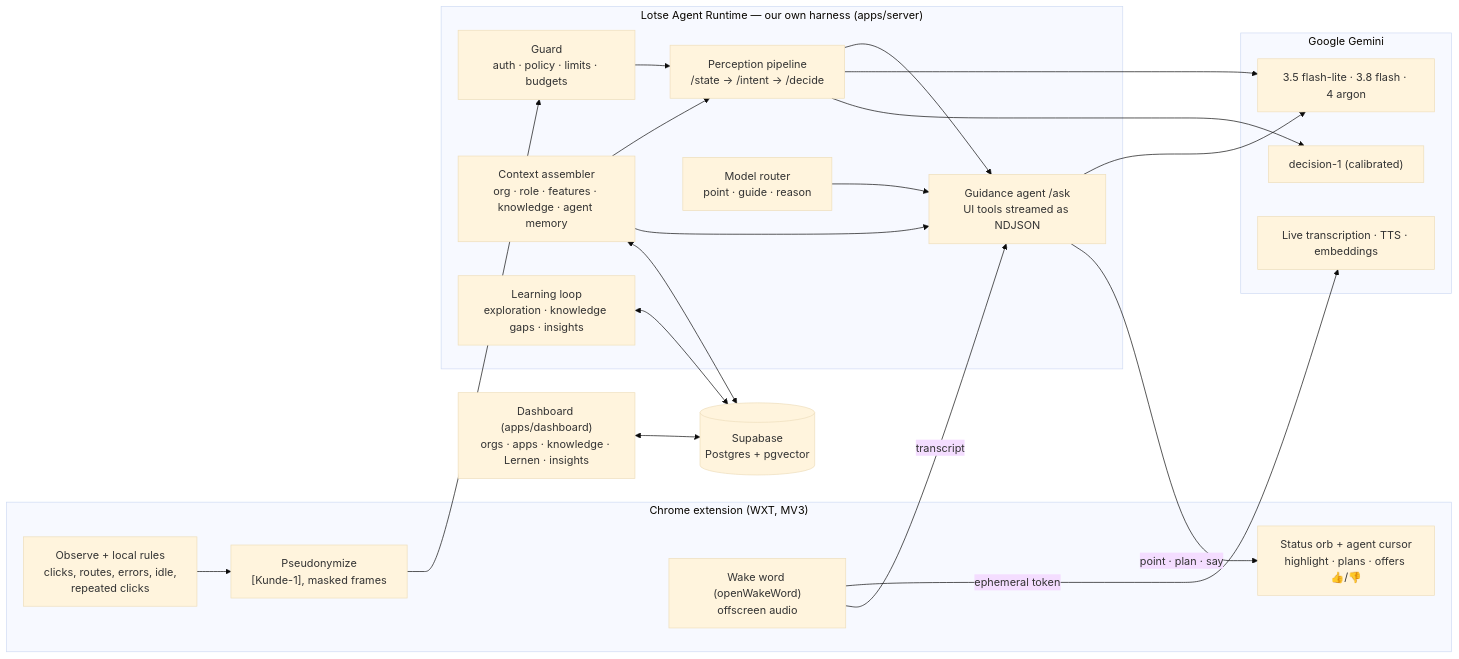
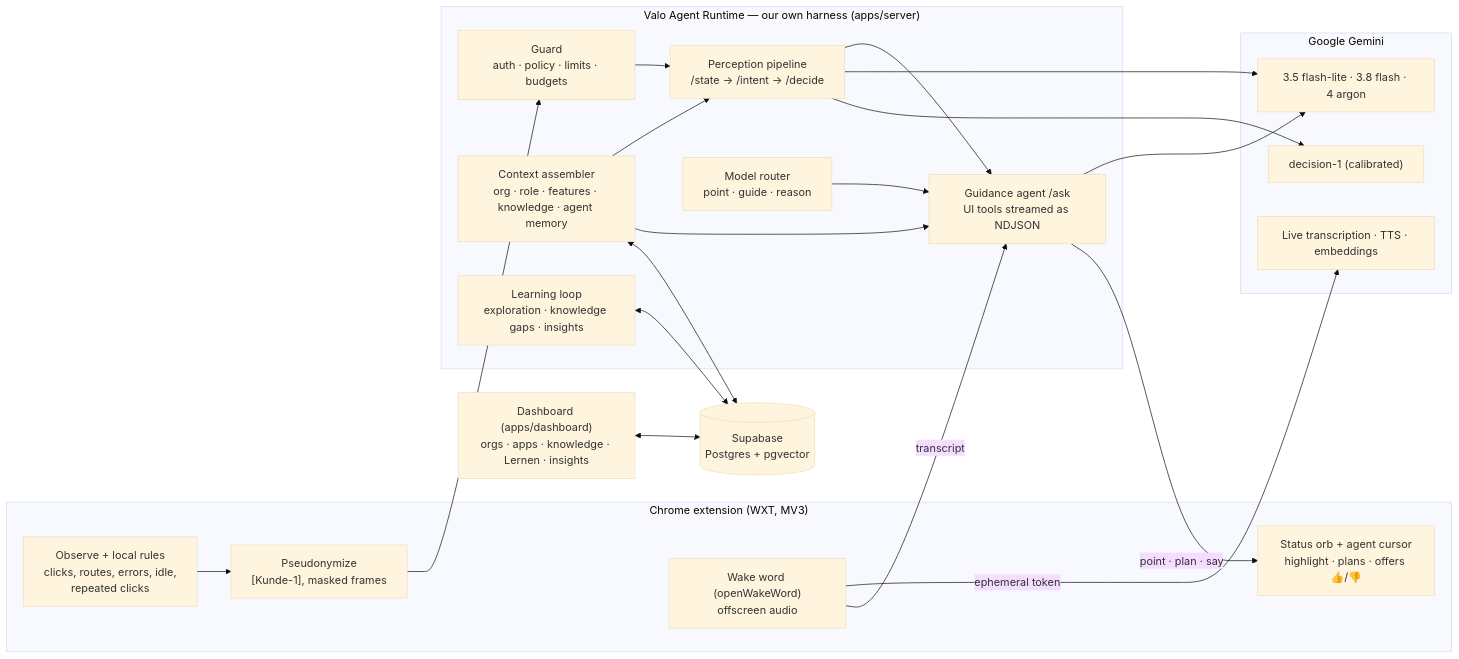
The diagram in README.md (luca-3/agentic-hack), drawn with Mermaid (base theme) before and after one commit. The commit also changed other lines of this file and 61 other files, not shown here.

First line of the commit message:
rebrand: Lotse → Valo in all user-facing text, prompts and docs; macOS shortcuts; toolbar icons

````diff
--- a/README.md
+++ b/README.md
@@ -9,42 +9,42 @@
 ```mermaid
 flowchart LR
   subgraph Browser["Chrome extension (WXT, MV3)"]
     OBS["Observe + local rules<br/>clicks, routes, errors, idle,<br/>repeated clicks"]
     PSEUDO["Pseudonymize<br/>[Kunde-1], masked frames"]
     UI["Status orb + agent cursor<br/>highlight · plans · offers 👍/👎"]
     VOICE["Wake word (openWakeWord)<br/>offscreen audio"]
   end
 
-  subgraph Runtime["Lotse Agent Runtime — our own harness (apps/server)"]
+  subgraph Runtime["Valo Agent Runtime — our own harness (apps/server)"]
     GUARD["Guard<br/>auth · policy · limits · budgets"]
     PIPE["Perception pipeline<br/>/state → /intent → /decide"]
     ROUTER["Model router<br/>point · guide · reason"]
     CTX["Context assembler<br/>org · role · features · knowledge · agent memory"]
     AGENT["Guidance agent /ask<br/>UI tools streamed as NDJSON"]
     LEARN["Learning loop<br/>exploration · knowledge gaps · insights"]
   end
 
   subgraph Gemini["Google Gemini"]
     G1["3.5 flash-lite · 3.8 flash · 4 argon"]
     G2["decision-1 (calibrated)"]
     G3["Live transcription · TTS · embeddings"]
   end
 
   DB[("Supabase<br/>Postgres + pgvector")]
   DASH["Dashboard (apps/dashboard)<br/>orgs · apps · knowledge · Lernen · insights"]
 
   OBS --> PSEUDO --> GUARD
   VOICE -->|ephemeral token| G3
   VOICE -->|transcript| AGENT
   GUARD --> PIPE --> AGENT
   ROUTER --> AGENT
   CTX --> PIPE
   CTX --> AGENT
   PIPE --> G1
   PIPE --> G2
   AGENT --> G1
   AGENT -->|point · plan · say| UI
   CTX <--> DB
   LEARN <--> DB
   DASH <--> DB
 ```
````
